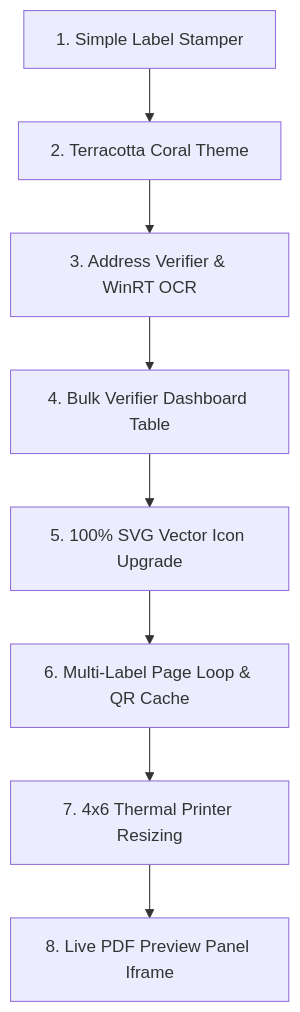
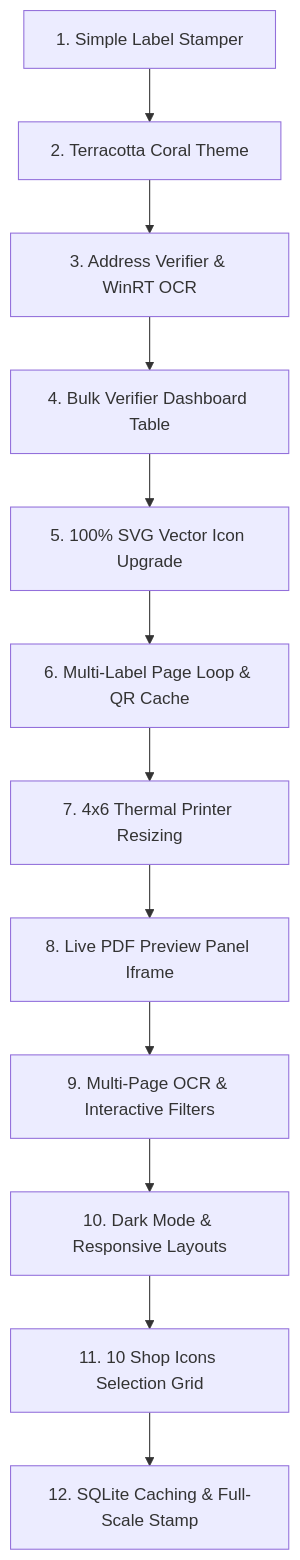
Before and after one commit to Ashraf7786/ranique-ecom: the diagram in brain.md, drawn with Mermaid. The commit also changed other lines of this file, not shown here.

````diff
--- a/brain.md
+++ b/brain.md
@@ -18,10 +18,14 @@
 ```mermaid
 graph TD
     A[1. Simple Label Stamper] --> B[2. Terracotta Coral Theme]
     B --> C[3. Address Verifier & WinRT OCR]
     C --> D[4. Bulk Verifier Dashboard Table]
     D --> E[5. 100% SVG Vector Icon Upgrade]
     E --> F[6. Multi-Label Page Loop & QR Cache]
     F --> G[7. 4x6 Thermal Printer Resizing]
     G --> H[8. Live PDF Preview Panel Iframe]
+    H --> I[9. Multi-Page OCR & Interactive Filters]
+    I --> J[10. Dark Mode & Responsive Layouts]
+    J --> K[11. 10 Shop Icons Selection Grid]
+    K --> L[12. SQLite Caching & Full-Scale Stamp]
 ```
````
